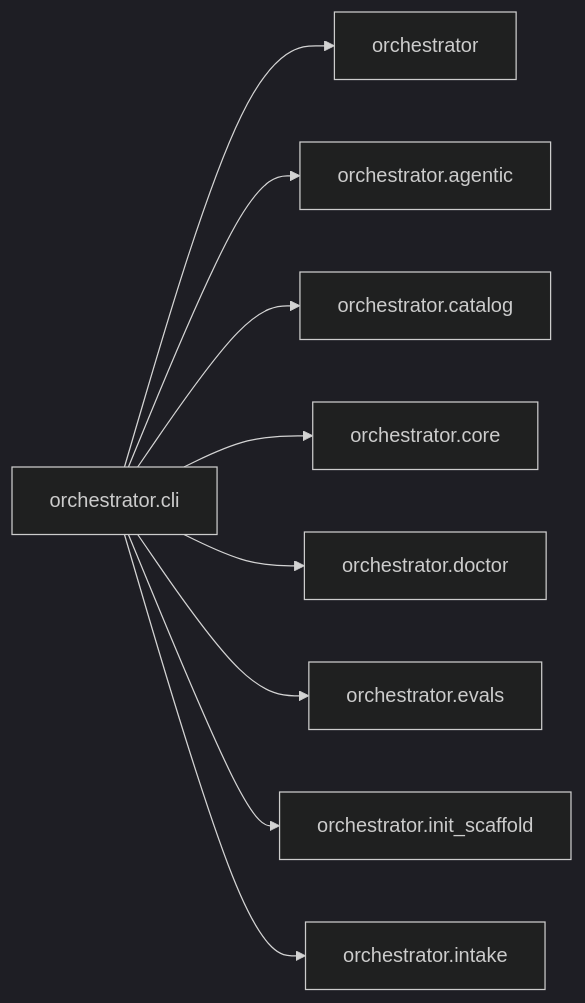
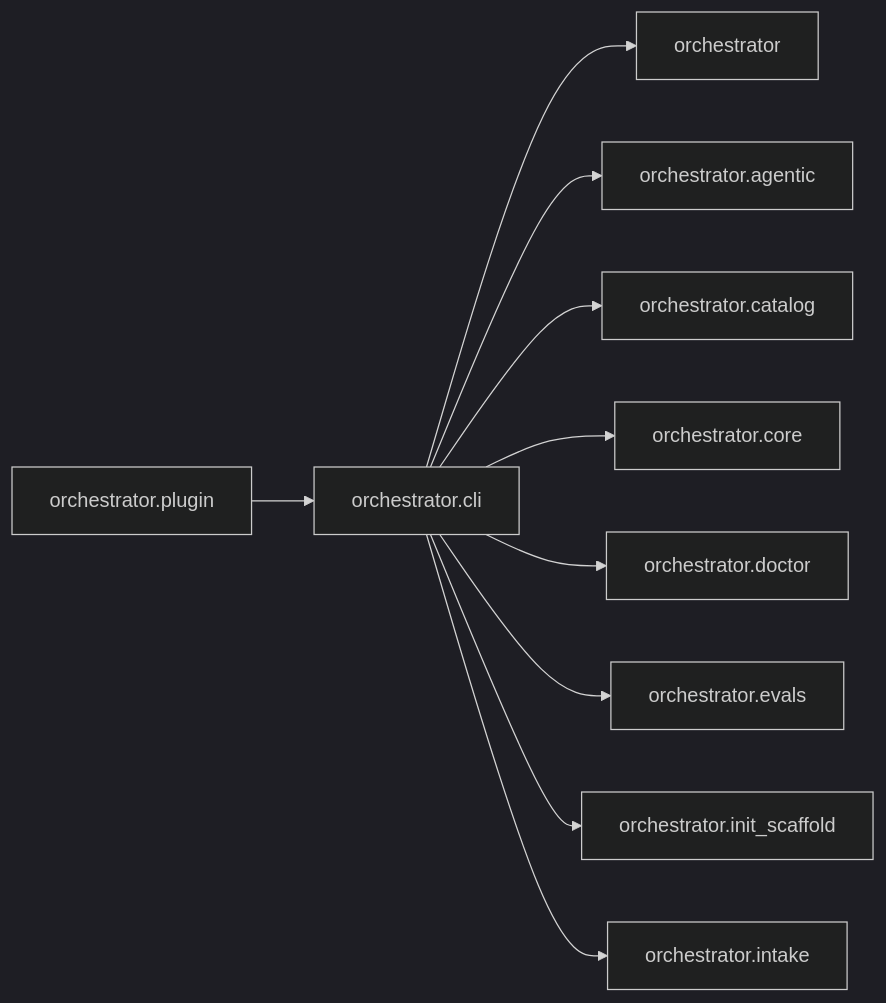
One commit to synaptixs/spine changed the diagram in episteme/areas/orchestrator.cli.md. Above: the diagram before and after it, drawn with Mermaid (dark theme). The commit also changed other lines of this file and 27 other files, not shown here.

````diff
--- a/episteme/areas/orchestrator.cli.md
+++ b/episteme/areas/orchestrator.cli.md
@@ -8,20 +8,22 @@
 ```mermaid
 flowchart LR
   n0["orchestrator.cli"]
-  n1["orchestrator"]
-  n2["orchestrator.agentic"]
-  n3["orchestrator.catalog"]
-  n4["orchestrator.core"]
-  n5["orchestrator.doctor"]
-  n6["orchestrator.evals"]
-  n7["orchestrator.init_scaffold"]
-  n8["orchestrator.intake"]
-  n0 --> n1
+  n1["orchestrator.plugin"]
+  n2["orchestrator"]
+  n3["orchestrator.agentic"]
+  n4["orchestrator.catalog"]
+  n5["orchestrator.core"]
+  n6["orchestrator.doctor"]
+  n7["orchestrator.evals"]
+  n8["orchestrator.init_scaffold"]
+  n9["orchestrator.intake"]
+  n1 --> n0
   n0 --> n2
   n0 --> n3
   n0 --> n4
   n0 --> n5
   n0 --> n6
   n0 --> n7
   n0 --> n8
+  n0 --> n9
 ```
````
